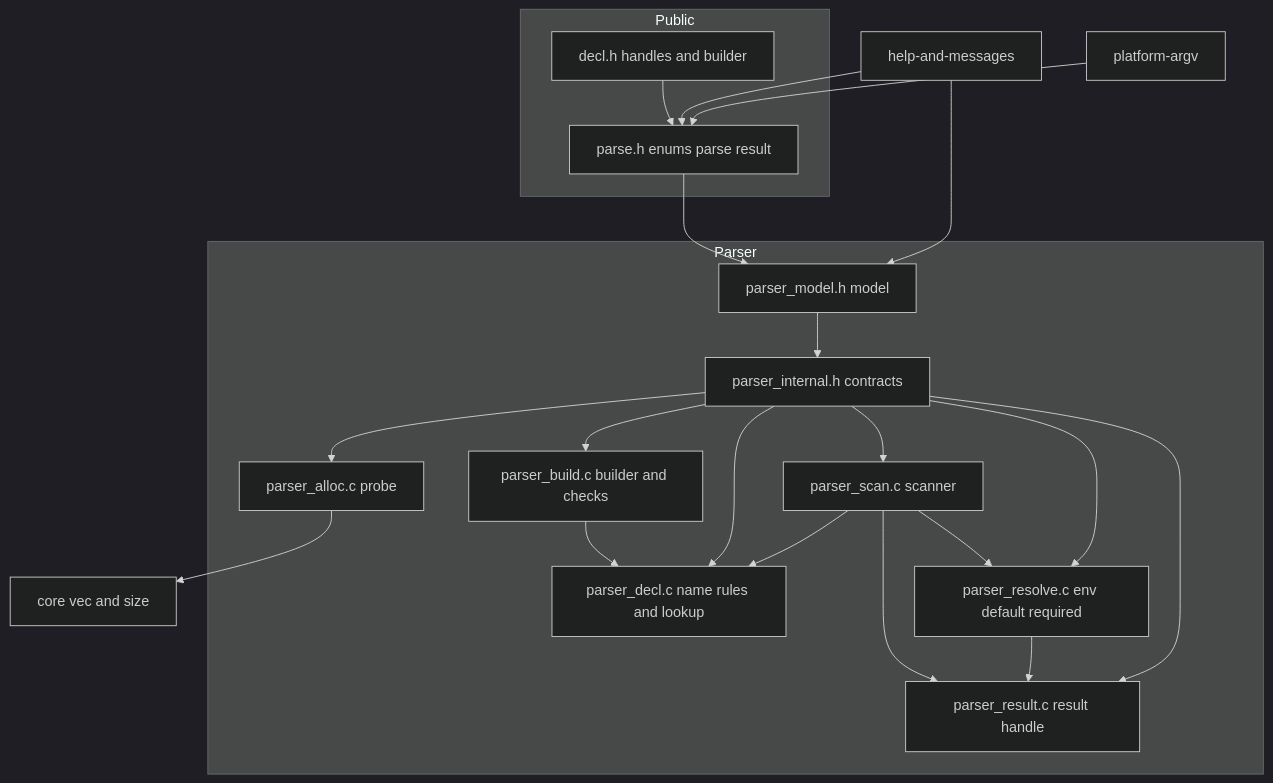
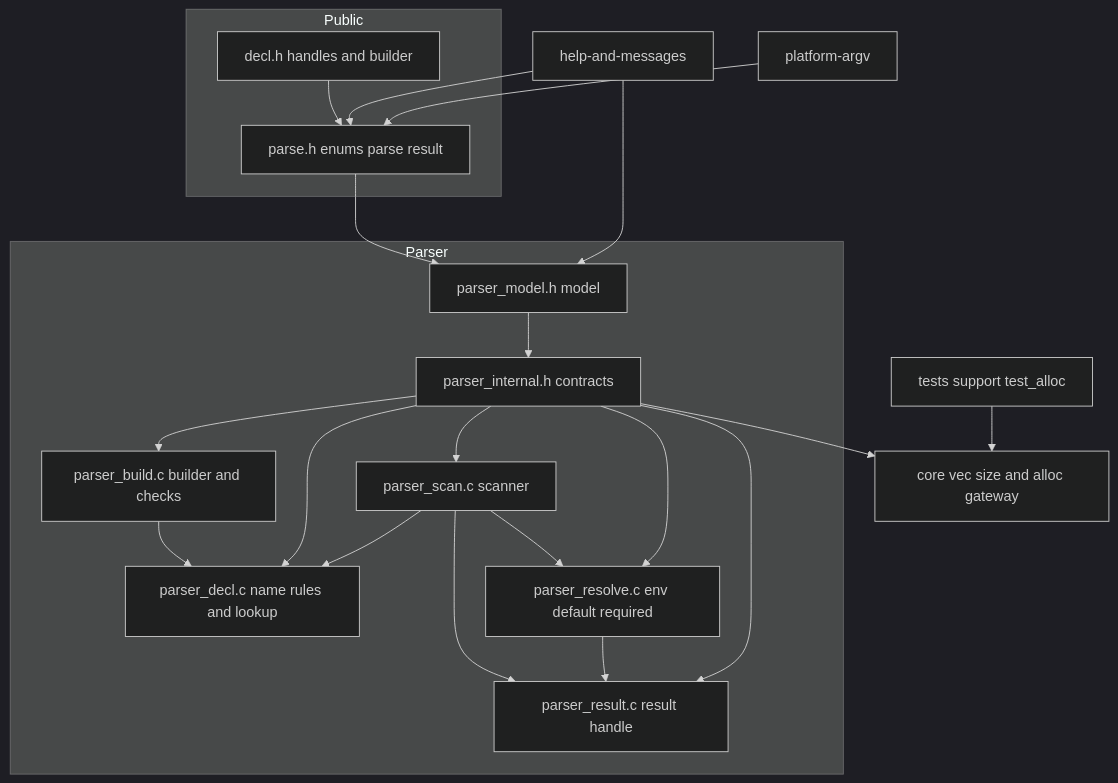
The first of 5 diagrams in .kiro/specs/core-parser/design.md (ktdevx/clopts-private), drawn with Mermaid (dark theme) before and after one commit. The commit also changed other lines of this file and 21 other files, not shown here.

````diff
--- a/.kiro/specs/core-parser/design.md
+++ b/.kiro/specs/core-parser/design.md
@@ -62,38 +64,38 @@
 ```mermaid
 graph TB
     subgraph Public
         DeclH[decl.h handles and builder]
         ParseH[parse.h enums parse result]
     end
     subgraph Parser
         Model[parser_model.h model]
         Internal[parser_internal.h contracts]
-        Alloc[parser_alloc.c probe]
         Build[parser_build.c builder and checks]
         Decl[parser_decl.c name rules and lookup]
         Scan[parser_scan.c scanner]
         Resolve[parser_resolve.c env default required]
         Result[parser_result.c result handle]
     end
-    Core[core vec and size]
+    Core[core vec size and alloc gateway]
+    TestAlloc[tests support test_alloc]
     Help[help-and-messages]
     Platform[platform-argv]
     DeclH --> ParseH
     ParseH --> Model
     Model --> Internal
-    Internal --> Alloc
     Internal --> Build
     Internal --> Decl
     Internal --> Scan
     Internal --> Resolve
     Internal --> Result
-    Alloc --> Core
+    Internal --> Core
+    TestAlloc --> Core
     Build --> Decl
     Scan --> Decl
     Scan --> Result
     Scan --> Resolve
     Resolve --> Result
     Help --> Model
     Help --> ParseH
     Platform --> ParseH
 ```
````
